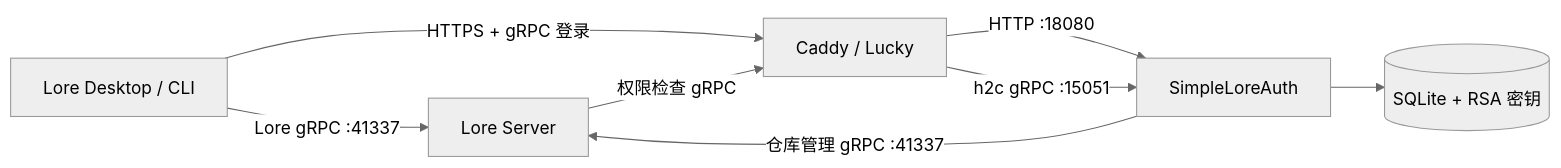
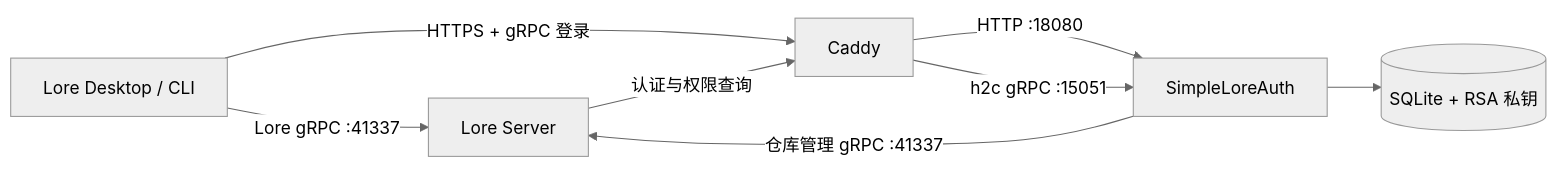
The diagram in README.md (Rogue324/SimpleLoreAuth), drawn with Mermaid (neutral theme) before and after one commit. The commit also changed other lines of this file and 1 other file, not shown here.

````diff
--- a/README.md
+++ b/README.md
@@ -33,10 +29,10 @@
 ```mermaid
 flowchart LR
     C["Lore Desktop / CLI"] -->|"Lore gRPC :41337"| L["Lore Server"]
-    C -->|"HTTPS + gRPC 登录"| P["Caddy / Lucky"]
+    C -->|"HTTPS + gRPC 登录"| P["Caddy"]
+    L -->|"认证与权限查询"| P
     P -->|"HTTP :18080"| A["SimpleLoreAuth"]
     P -->|"h2c gRPC :15051"| A
-    L -->|"权限检查 gRPC"| P
     A -->|"仓库管理 gRPC :41337"| L
-    A --> D[("SQLite + RSA 密钥")]
+    A --> D[("SQLite + RSA 私钥")]
 ```
````
